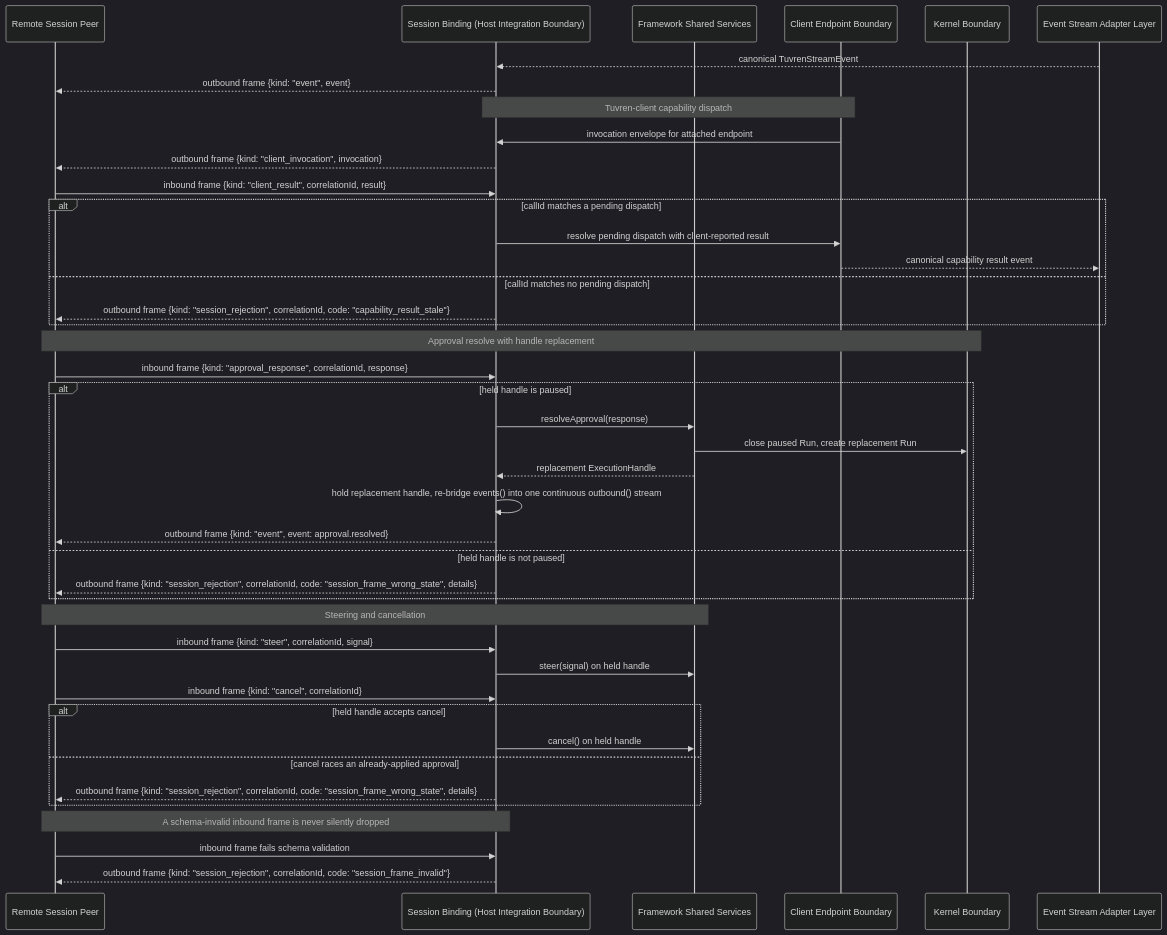
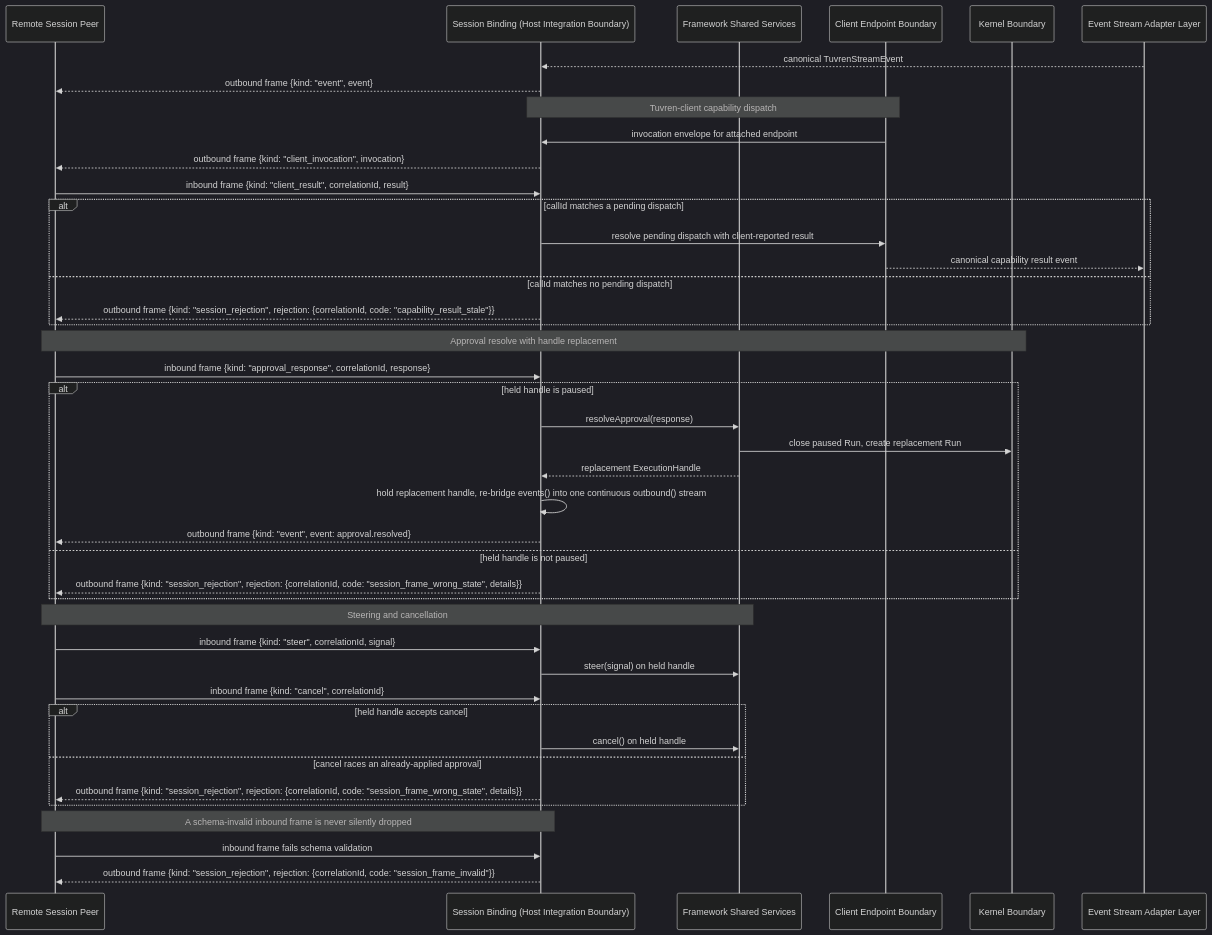
Before and after one commit to Tuvren/framework: the diagram in .constitution/architecture/flows/flow-duplex-session-inbound-routing.md, drawn with Mermaid (dark theme). The commit also changed 1 other file, not shown here.

Commit message:
Polish ADR-060 review nits: nested rejection payload in flow 4.20, issue count
Milestone review of the ADR-060 commit flagged two precision gaps: the flow
4.20 diagram flattened session_rejection's nested rejection payload (the
settled shape nests correlationId/code under a rejection object), and the
ADR context bullet said four companion issues while the consequences list
correctly names five (#100-#104). Both corrected; no semantic change.

Refs #99

````diff
--- a/.constitution/architecture/flows/flow-duplex-session-inbound-routing.md
+++ b/.constitution/architecture/flows/flow-duplex-session-inbound-routing.md
@@ -5,49 +5,49 @@
 ```mermaid
 sequenceDiagram
   participant Peer as Remote Session Peer
   participant Binding as Session Binding (Host Integration Boundary)
   participant Framework as Framework Shared Services
   participant Client as Client Endpoint Boundary
   participant Kernel as Kernel Boundary
   participant Events as Event Stream Adapter Layer
 
   Events-->>Binding: canonical TuvrenStreamEvent
   Binding-->>Peer: outbound frame {kind: "event", event}
 
   Note over Binding,Client: Tuvren-client capability dispatch
   Client->>Binding: invocation envelope for attached endpoint
   Binding-->>Peer: outbound frame {kind: "client_invocation", invocation}
   Peer->>Binding: inbound frame {kind: "client_result", correlationId, result}
   alt callId matches a pending dispatch
     Binding->>Client: resolve pending dispatch with client-reported result
     Client-->>Events: canonical capability result event
   else callId matches no pending dispatch
-    Binding-->>Peer: outbound frame {kind: "session_rejection", correlationId, code: "capability_result_stale"}
+    Binding-->>Peer: outbound frame {kind: "session_rejection", rejection: {correlationId, code: "capability_result_stale"}}
   end
 
   Note over Peer,Kernel: Approval resolve with handle replacement
   Peer->>Binding: inbound frame {kind: "approval_response", correlationId, response}
   alt held handle is paused
     Binding->>Framework: resolveApproval(response)
     Framework->>Kernel: close paused Run, create replacement Run
     Framework-->>Binding: replacement ExecutionHandle
     Binding->>Binding: hold replacement handle, re-bridge events() into one continuous outbound() stream
     Binding-->>Peer: outbound frame {kind: "event", event: approval.resolved}
   else held handle is not paused
-    Binding-->>Peer: outbound frame {kind: "session_rejection", correlationId, code: "session_frame_wrong_state", details}
+    Binding-->>Peer: outbound frame {kind: "session_rejection", rejection: {correlationId, code: "session_frame_wrong_state", details}}
   end
 
   Note over Peer,Framework: Steering and cancellation
   Peer->>Binding: inbound frame {kind: "steer", correlationId, signal}
   Binding->>Framework: steer(signal) on held handle
   Peer->>Binding: inbound frame {kind: "cancel", correlationId}
   alt held handle accepts cancel
     Binding->>Framework: cancel() on held handle
   else cancel races an already-applied approval
-    Binding-->>Peer: outbound frame {kind: "session_rejection", correlationId, code: "session_frame_wrong_state", details}
+    Binding-->>Peer: outbound frame {kind: "session_rejection", rejection: {correlationId, code: "session_frame_wrong_state", details}}
   end
 
   Note over Peer,Binding: A schema-invalid inbound frame is never silently dropped
   Peer->>Binding: inbound frame fails schema validation
-  Binding-->>Peer: outbound frame {kind: "session_rejection", correlationId, code: "session_frame_invalid"}
+  Binding-->>Peer: outbound frame {kind: "session_rejection", rejection: {correlationId, code: "session_frame_invalid"}}
 ```
````
